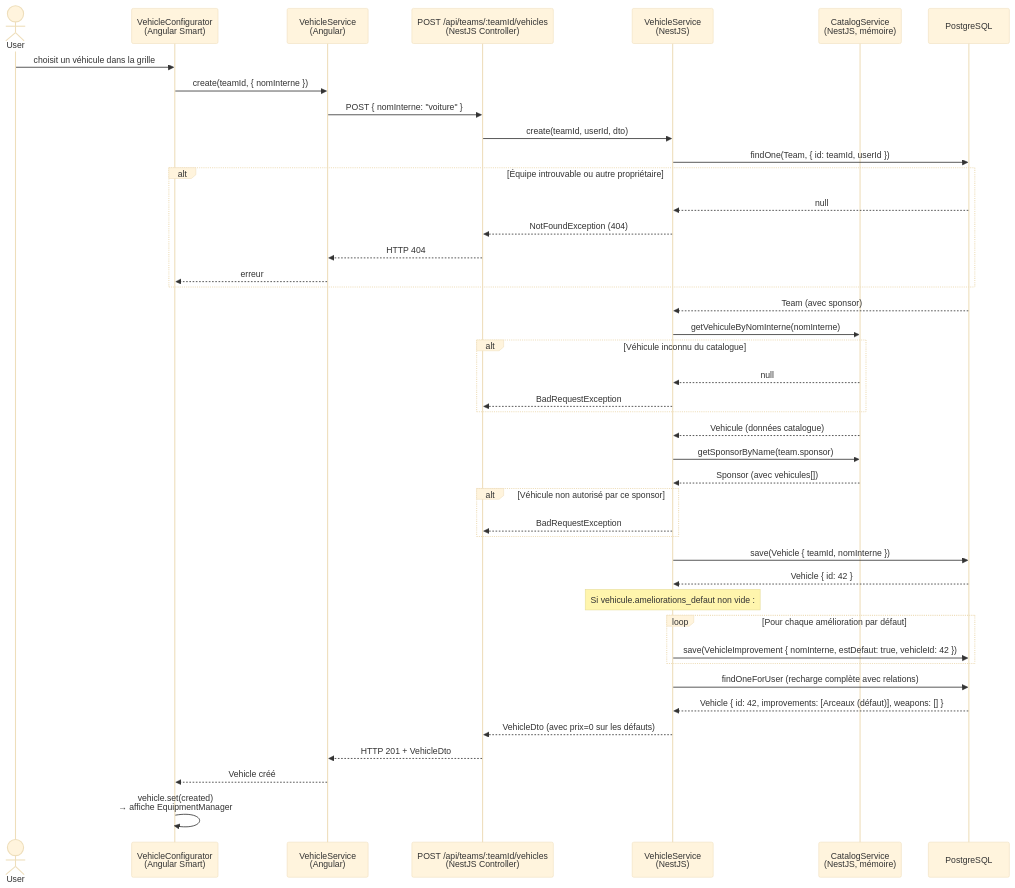
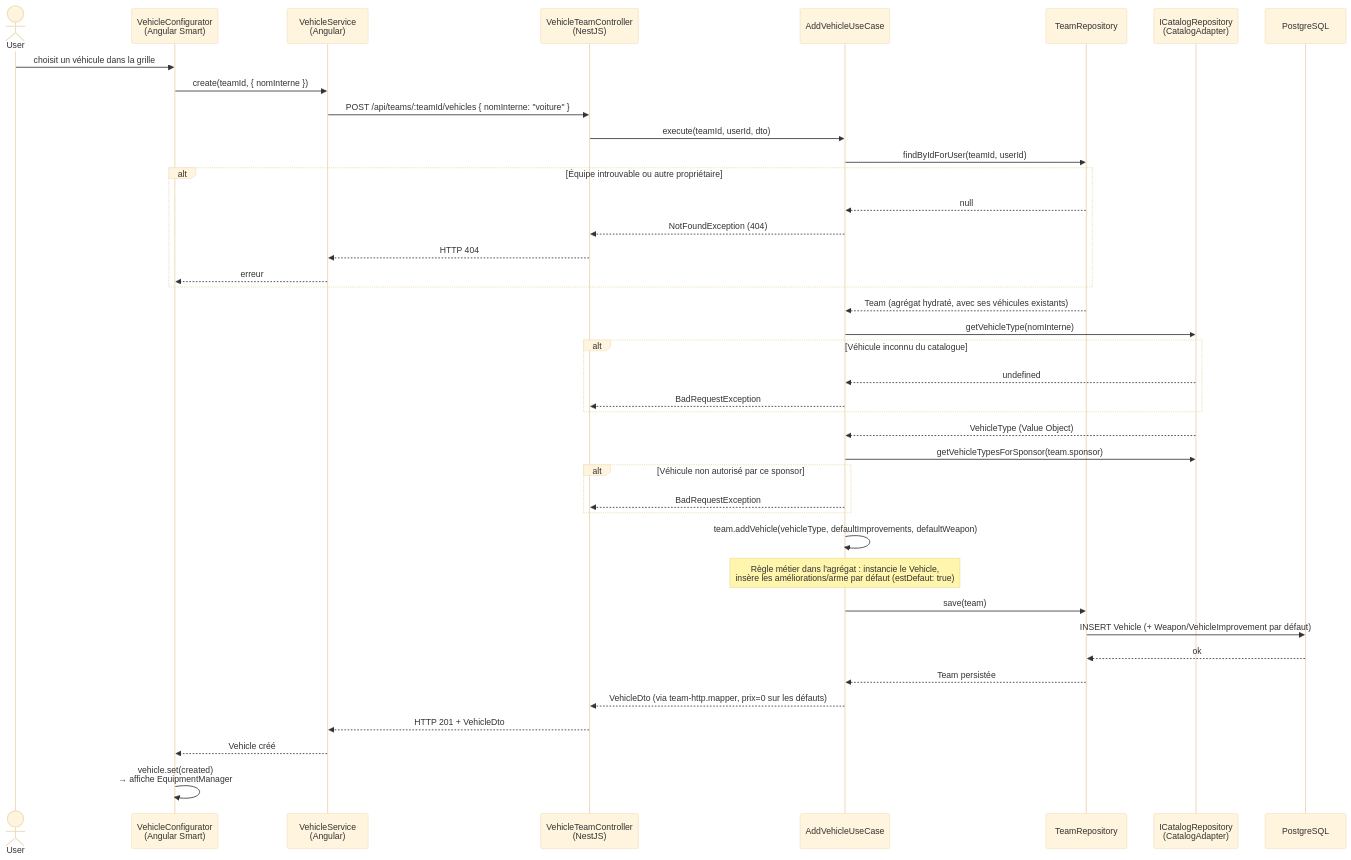
Before and after one commit to arnaudbracchetti/gaslands-manager: the second of 7 diagrams in docs/VEHICLE_SYSTEM.md, drawn with Mermaid (base theme). The commit also changed other lines of this file and 3 other files, not shown here.

First line of the commit message:
docs: resynchronise VEHICLE_SYSTEM.md, VEHICLES.md et CAMPAIGN.md avec le code

````diff
--- a/docs/VEHICLE_SYSTEM.md
+++ b/docs/VEHICLE_SYSTEM.md
@@ -126,53 +109,51 @@
 ```mermaid
 sequenceDiagram
     actor User
     participant VC as VehicleConfigurator<br/>(Angular Smart)
     participant VS as VehicleService<br/>(Angular)
-    participant API as POST /api/teams/:teamId/vehicles<br/>(NestJS Controller)
-    participant BVSS as VehicleService<br/>(NestJS)
-    participant Cat as CatalogService<br/>(NestJS, mémoire)
+    participant Ctrl as VehicleTeamController<br/>(NestJS)
+    participant UC as AddVehicleUseCase
+    participant TR as TeamRepository
+    participant CR as ICatalogRepository<br/>(CatalogAdapter)
     participant DB as PostgreSQL
 
     User->>VC: choisit un véhicule dans la grille
     VC->>VS: create(teamId, { nomInterne })
-    VS->>API: POST { nomInterne: "voiture" }
+    VS->>Ctrl: POST /api/teams/:teamId/vehicles { nomInterne: "voiture" }
 
-    API->>BVSS: create(teamId, userId, dto)
-    BVSS->>DB: findOne(Team, { id: teamId, userId })
+    Ctrl->>UC: execute(teamId, userId, dto)
+    UC->>TR: findByIdForUser(teamId, userId)
     alt Équipe introuvable ou autre propriétaire
-        DB-->>BVSS: null
-        BVSS-->>API: NotFoundException (404)
-        API-->>VS: HTTP 404
+        TR-->>UC: null
+        UC-->>Ctrl: NotFoundException (404)
+        Ctrl-->>VS: HTTP 404
         VS-->>VC: erreur
     end
-    DB-->>BVSS: Team (avec sponsor)
+    TR-->>UC: Team (agrégat hydraté, avec ses véhicules existants)
 
-    BVSS->>Cat: getVehiculeByNomInterne(nomInterne)
+    UC->>CR: getVehicleType(nomInterne)
     alt Véhicule inconnu du catalogue
-        Cat-->>BVSS: null
-        BVSS-->>API: BadRequestException
+        CR-->>UC: undefined
+        UC-->>Ctrl: BadRequestException
     end
-    Cat-->>BVSS: Vehicule (données catalogue)
+    CR-->>UC: VehicleType (Value Object)
 
-    BVSS->>Cat: getSponsorByName(team.sponsor)
-    Cat-->>BVSS: Sponsor (avec vehicules[])
+    UC->>CR: getVehicleTypesForSponsor(team.sponsor)
     alt Véhicule non autorisé par ce sponsor
-        BVSS-->>API: BadRequestException
+        UC-->>Ctrl: BadRequestException
     end
 
-    BVSS->>DB: save(Vehicle { teamId, nomInterne })
-    DB-->>BVSS: Vehicle { id: 42 }
+    UC->>UC: team.addVehicle(vehicleType, defaultImprovements, defaultWeapon)
+    Note over UC: Règle métier dans l'agrégat : instancie le Vehicle,<br/>insère les améliorations/arme par défaut (estDefaut: true)
 
-    Note over BVSS: Si vehicule.ameliorations_defaut non vide :
-    loop Pour chaque amélioration par défaut
-        BVSS->>DB: save(VehicleImprovement { nomInterne, estDefaut: true, vehicleId: 42 })
-    end
+    UC->>TR: save(team)
+    TR->>DB: INSERT Vehicle (+ Weapon/VehicleImprovement par défaut)
+    DB-->>TR: ok
+    TR-->>UC: Team persistée
 
-    BVSS->>DB: findOneForUser (recharge complète avec relations)
-    DB-->>BVSS: Vehicle { id: 42, improvements: [Arceaux (défaut)], weapons: [] }
-    BVSS-->>API: VehicleDto (avec prix=0 sur les défauts)
-    API-->>VS: HTTP 201 + VehicleDto
+    UC-->>Ctrl: VehicleDto (via team-http.mapper, prix=0 sur les défauts)
+    Ctrl-->>VS: HTTP 201 + VehicleDto
     VS-->>VC: Vehicle créé
 
     VC->>VC: vehicle.set(created)<br/>→ affiche EquipmentManager
 ```
````
